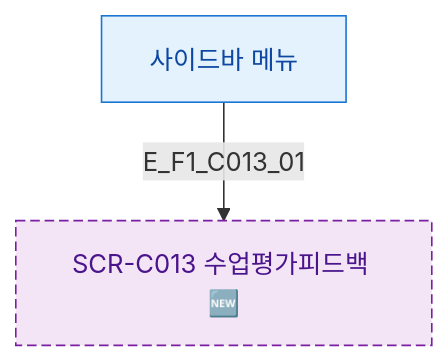
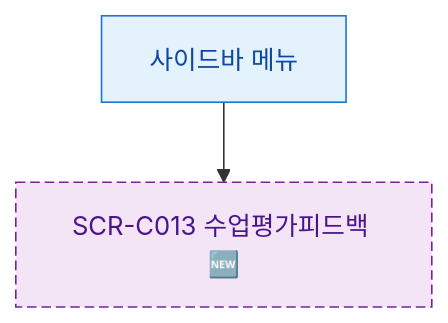
One commit to dev-spogym/admin-pando changed the diagram in docs/다이어그램/D04_수업관리/SCR-C013_수업평가피드백/F1_진입.md. Above: the diagram before and after it, drawn with Mermaid. The commit also changed other lines of this file and 1660 other files, not shown here.

First line of the commit message:
다이어그램: 기획자/클라이언트 납품본으로 정리

````diff
--- a/docs/다이어그램/D04_수업관리/SCR-C013_수업평가피드백/F1_진입.md
+++ b/docs/다이어그램/D04_수업관리/SCR-C013_수업평가피드백/F1_진입.md
@@ -20,9 +18,9 @@
 ```mermaid
 flowchart TD
   SCR_NODE[SCR-C013 수업평가피드백 🆕]
-  Sidebar[사이드바 메뉴] -->|E_F1_C013_01| SCR_NODE
+  Sidebar[사이드바 메뉴] --> SCR_NODE
   classDef screen fill:#E3F2FD,stroke:#1976D2,color:#0D47A1
   classDef newFeature fill:#F3E5F5,stroke:#7B1FA2,color:#4A148C,stroke-dasharray:6 3
   class SCR_NODE newFeature
   class Sidebar screen
 ```
````
